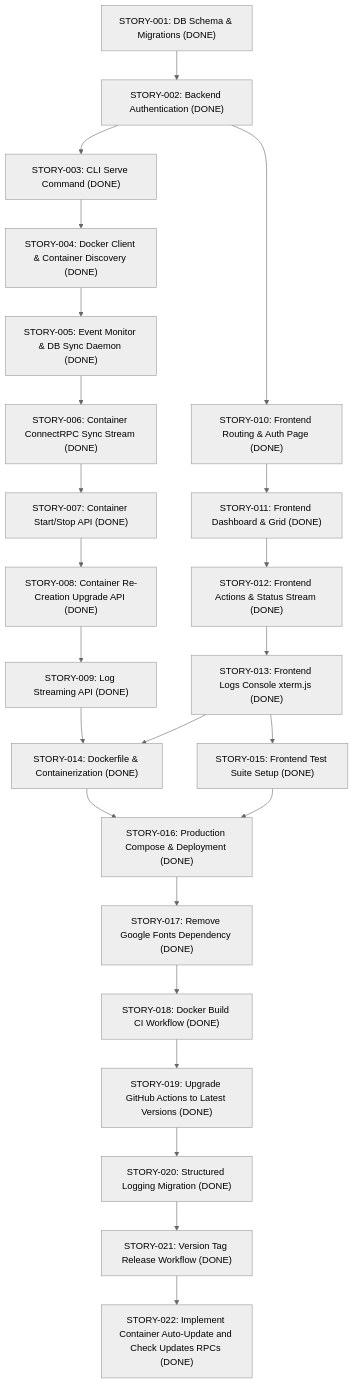
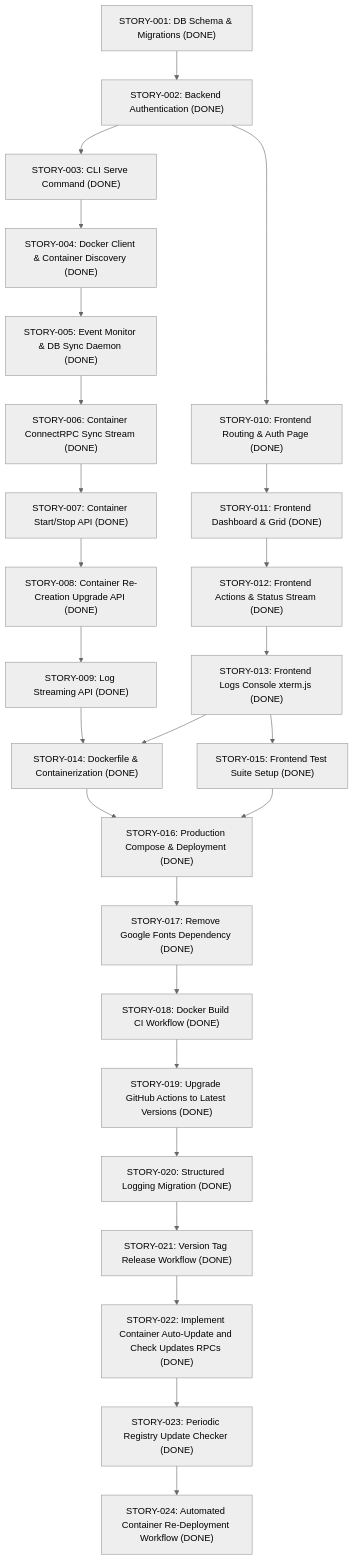
The diagram in docs/stories.md (noosxe/dmanager), drawn with Mermaid (neutral theme) before and after one commit. The commit also changed other lines of this file and 7 other files, not shown here.

````diff
--- a/docs/stories.md
+++ b/docs/stories.md
@@ -5,26 +5,28 @@
 ```mermaid
 graph TD
     S1["STORY-001: DB Schema & Migrations (DONE)"] --> S2["STORY-002: Backend Authentication (DONE)"]
     S2 --> S3["STORY-003: CLI Serve Command (DONE)"]
     S3 --> S4["STORY-004: Docker Client & Container Discovery (DONE)"]
     S4 --> S5["STORY-005: Event Monitor & DB Sync Daemon (DONE)"]
     S5 --> S6["STORY-006: Container ConnectRPC Sync Stream (DONE)"]
     S6 --> S7["STORY-007: Container Start/Stop API (DONE)"]
     S7 --> S8["STORY-008: Container Re-Creation Upgrade API (DONE)"]
     S8 --> S9["STORY-009: Log Streaming API (DONE)"]
     S2 --> F1["STORY-010: Frontend Routing & Auth Page (DONE)"]
     F1 --> F2["STORY-011: Frontend Dashboard & Grid (DONE)"]
     F2 --> F3["STORY-012: Frontend Actions & Status Stream (DONE)"]
     F3 --> F4["STORY-013: Frontend Logs Console xterm.js (DONE)"]
     S9 --> S14["STORY-014: Dockerfile & Containerization (DONE)"]
     F4 --> S14
     F4 --> F5["STORY-015: Frontend Test Suite Setup (DONE)"]
     S14 --> S16["STORY-016: Production Compose & Deployment (DONE)"]
     F5 --> S16
     S16 --> F17["STORY-017: Remove Google Fonts Dependency (DONE)"]
     F17 --> S18["STORY-018: Docker Build CI Workflow (DONE)"]
     S18 --> S19["STORY-019: Upgrade GitHub Actions to Latest Versions (DONE)"]
     S19 --> S20["STORY-020: Structured Logging Migration (DONE)"]
     S20 --> S21["STORY-021: Version Tag Release Workflow (DONE)"]
     S21 --> S22["STORY-022: Implement Container Auto-Update and Check Updates RPCs (DONE)"]
+    S22 --> S23["STORY-023: Periodic Registry Update Checker (DONE)"]
+    S23 --> S24["STORY-024: Automated Container Re-Deployment Workflow (DONE)"]
 ```
````
